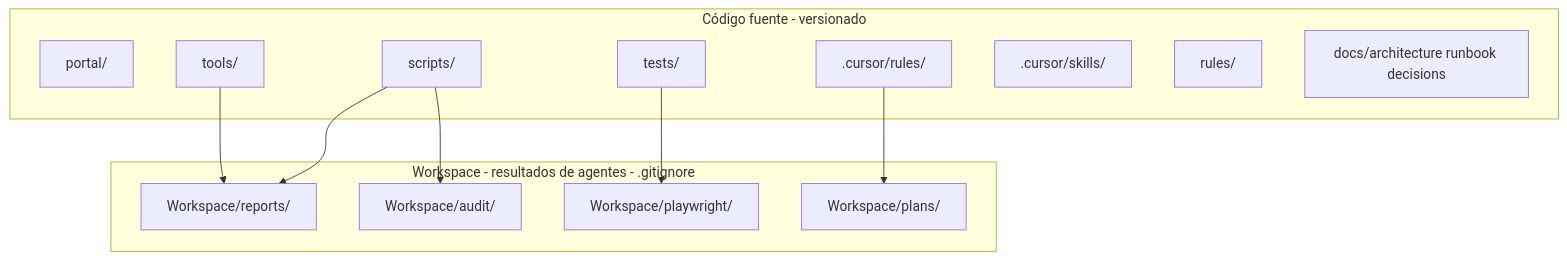
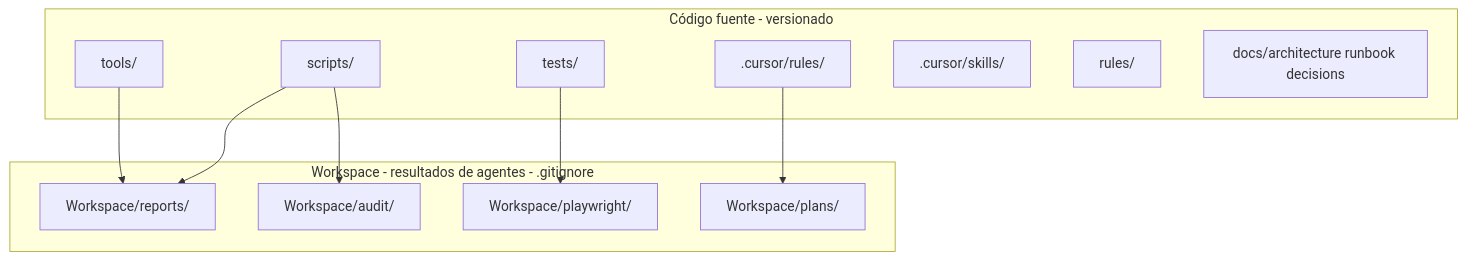
One commit to CARLOSPATINOVELEZ19/prueba-agente-po changed the diagram in docs/architecture/0-overview.md. Above: the diagram before and after it, drawn with Mermaid. The commit also changed other lines of this file and 6 other files, not shown here.

````diff
--- a/docs/architecture/0-overview.md
+++ b/docs/architecture/0-overview.md
@@ -54,26 +26,25 @@
 ```mermaid
 flowchart TB
     subgraph source [Código fuente - versionado]
-        portal[portal/]
         tests[tests/]
         scripts[scripts/]
         tools[tools/]
         cursorRules[.cursor/rules/]
         cursorSkills[.cursor/skills/]
         rules[rules/]
         docsSource["docs/architecture runbook decisions"]
     end
 
     subgraph workspace [Workspace - resultados de agentes - .gitignore]
         reports[Workspace/reports/]
         audit[Workspace/audit/]
         playwright[Workspace/playwright/]
         plans[Workspace/plans/]
     end
 
     scripts --> reports
     scripts --> audit
     tests --> playwright
     cursorRules --> plans
     tools --> reports
 ```
````
